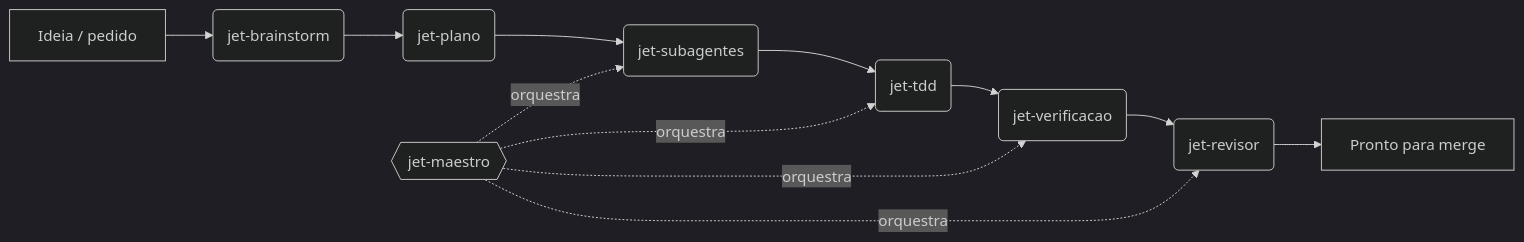
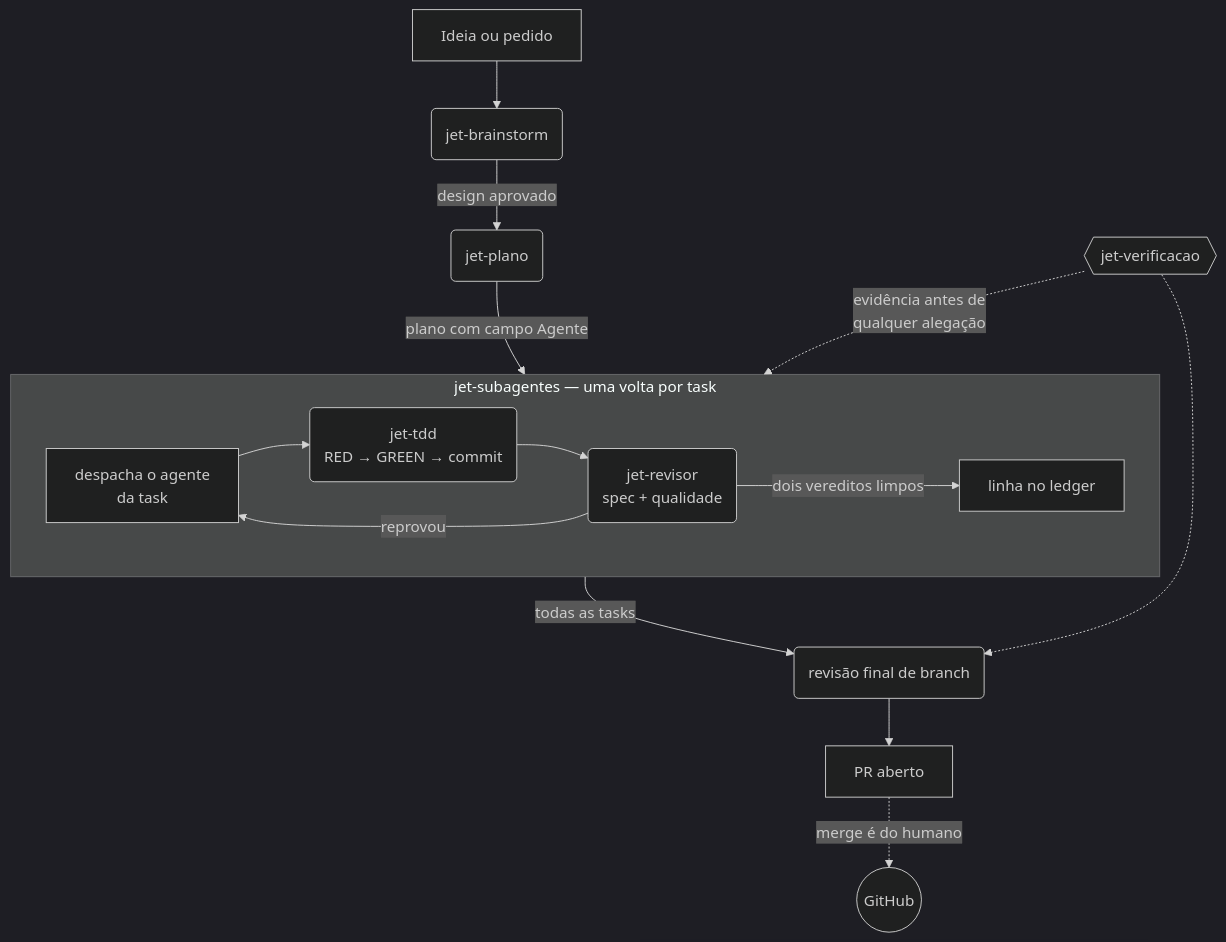
The diagram in README.md (luisfelipesb9/vortex-skills), drawn with Mermaid (dark theme) before and after one commit. The commit also changed other lines of this file and 21 other files, not shown here.

````diff
--- a/README.md
+++ b/README.md
@@ -70,15 +75,21 @@
 ```mermaid
-flowchart LR
-    I[Ideia / pedido] --> B(jet-brainstorm)
-    B --> P(jet-plano)
-    P --> S(jet-subagentes)
-    S --> T(jet-tdd)
-    T --> V(jet-verificacao)
-    V --> R(jet-revisor)
-    R --> M[Pronto para merge]
+flowchart TB
+    I[Ideia ou pedido] --> B(jet-brainstorm)
+    B -->|design aprovado| P(jet-plano)
+    P -->|plano com campo Agente| S
 
-    O{{jet-maestro}} -. orquestra .-> S
-    O -. orquestra .-> T
-    O -. orquestra .-> V
-    O -. orquestra .-> R
+    subgraph S["jet-subagentes — uma volta por task"]
+        direction LR
+        D[despacha o agente<br/>da task] --> T(jet-tdd<br/>RED → GREEN → commit)
+        T --> R(jet-revisor<br/>spec + qualidade)
+        R -->|reprovou| D
+        R -->|dois vereditos limpos| L[linha no ledger]
+    end
+
+    S -->|todas as tasks| F(revisão final de branch)
+    F --> PR[PR aberto]
+    PR -.->|merge é do humano| M((GitHub))
+
+    V{{jet-verificacao}} -.->|evidência antes de<br/>qualquer alegação| S
+    V -.-> F
 ```
````
